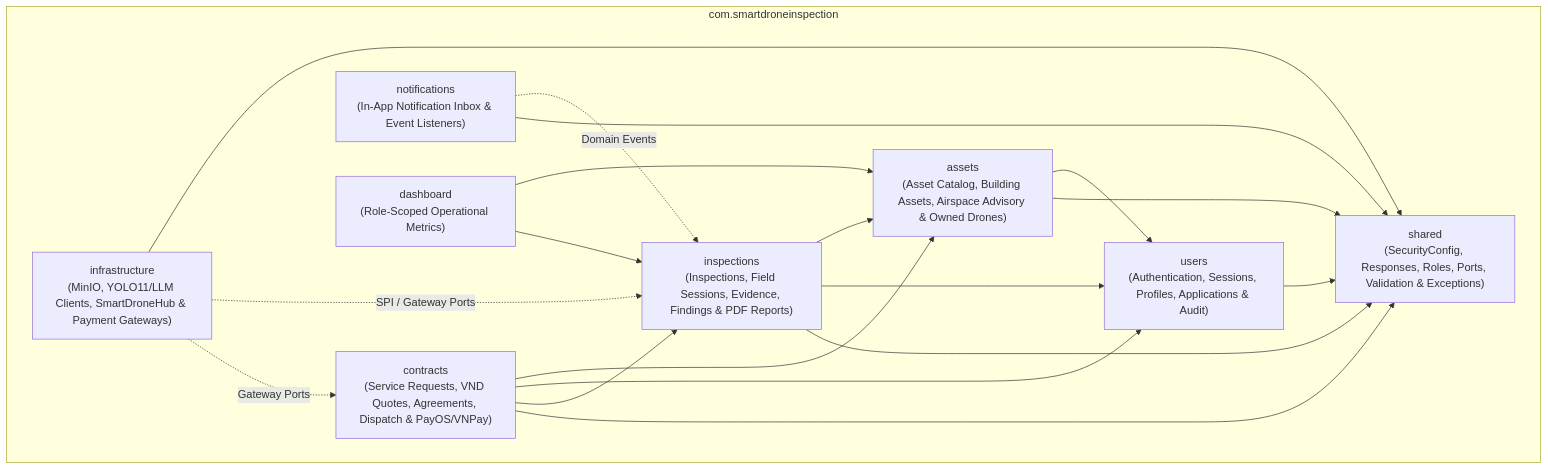
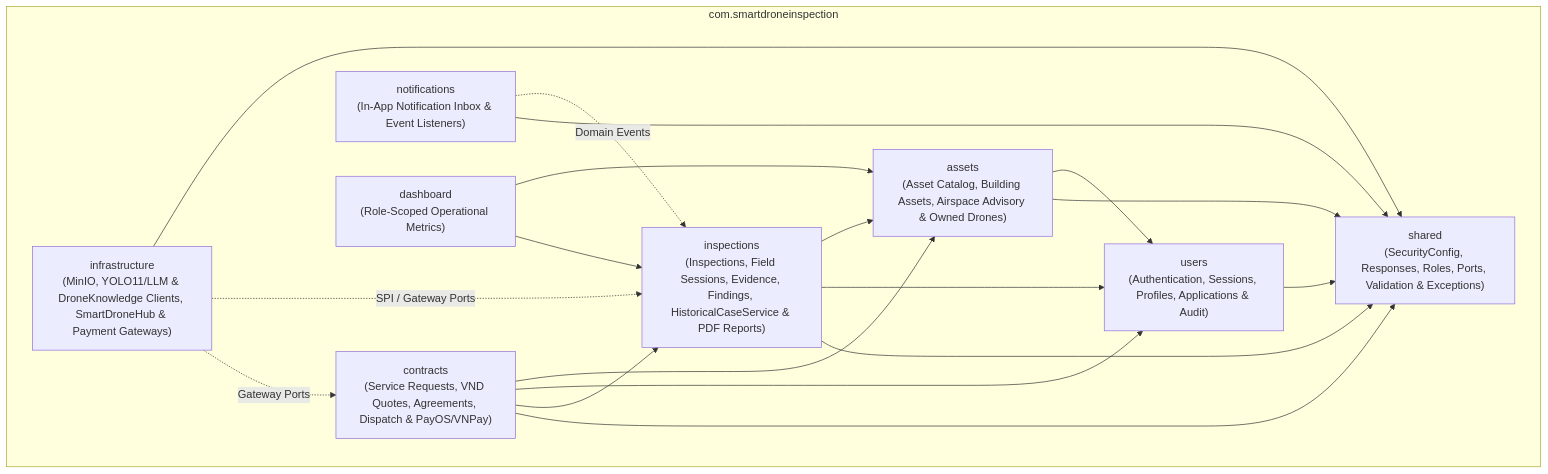
One commit to tungbach12/SmartDroneInspection-Docs changed the second of 4 diagrams in reports/report-4-software-design-document/01-system-design.md. Above: the diagram before and after it, drawn with Mermaid. The commit also changed other lines of this file and 121 other files, not shown here.

Commit message:
docs(reports): synchronize Reports 1-7, Report 7 expansion, and DroneKnowledgeAI specs

````diff
--- a/reports/report-4-software-design-document/01-system-design.md
+++ b/reports/report-4-software-design-document/01-system-design.md
@@ -106,32 +109,32 @@
 ```mermaid
 %% title: Backend Subsystem Package Diagram
 flowchart TD
   subgraph RootPkg["com.smartdroneinspection"]
     USERS["users\n(Authentication, Sessions, Profiles, Applications & Audit)"]
     CONTRACTS["contracts\n(Service Requests, VND Quotes, Agreements, Dispatch & PayOS/VNPay)"]
     ASSETS["assets\n(Asset Catalog, Building Assets, Airspace Advisory & Owned Drones)"]
-    INSPECTIONS["inspections\n(Inspections, Field Sessions, Evidence, Findings & PDF Reports)"]
+    INSPECTIONS["inspections\n(Inspections, Field Sessions, Evidence, Findings, HistoricalCaseService & PDF Reports)"]
     NOTIFICATIONS["notifications\n(In-App Notification Inbox & Event Listeners)"]
     DASHBOARD["dashboard\n(Role-Scoped Operational Metrics)"]
-    INFRASTRUCTURE["infrastructure\n(MinIO, YOLO11/LLM Clients, SmartDroneHub & Payment Gateways)"]
+    INFRASTRUCTURE["infrastructure\n(MinIO, YOLO11/LLM & DroneKnowledge Clients, SmartDroneHub & Payment Gateways)"]
     SHARED["shared\n(SecurityConfig, Responses, Roles, Ports, Validation & Exceptions)"]
   end
 
   CONTRACTS --> ASSETS
   CONTRACTS --> USERS
   CONTRACTS --> INSPECTIONS
   ASSETS --> USERS
   INSPECTIONS --> ASSETS
   INSPECTIONS --> USERS
   NOTIFICATIONS -.->|"Domain Events"| INSPECTIONS
   DASHBOARD --> ASSETS
   DASHBOARD --> INSPECTIONS
   USERS --> SHARED
   CONTRACTS --> SHARED
   ASSETS --> SHARED
   INSPECTIONS --> SHARED
   NOTIFICATIONS --> SHARED
   INFRASTRUCTURE --> SHARED
   INFRASTRUCTURE -.->|"SPI / Gateway Ports"| INSPECTIONS
   INFRASTRUCTURE -.->|"Gateway Ports"| CONTRACTS
 ```
````
